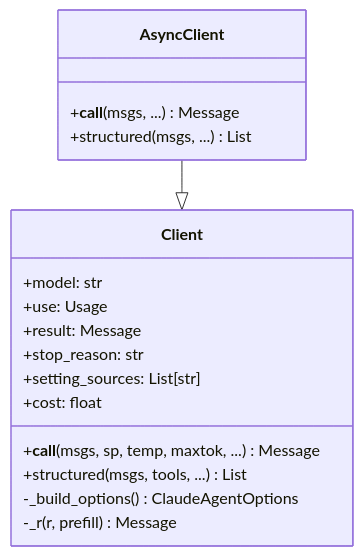
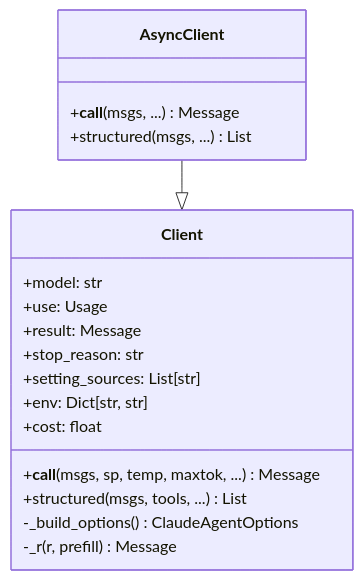
One commit to sgaseretto/claudette-agent changed the second of 12 diagrams in docs/how_it_works.md. Above: the diagram before and after it, drawn with Mermaid. The commit also changed other lines of this file and 3 other files, not shown here.

````diff
--- a/docs/how_it_works.md
+++ b/docs/how_it_works.md
@@ -49,22 +49,23 @@
 ```mermaid
 classDiagram
     class Client {
         +model: str
         +use: Usage
         +result: Message
         +stop_reason: str
         +setting_sources: List[str]
+        +env: Dict[str, str]
         +__call__(msgs, sp, temp, maxtok, ...) Message
         +structured(msgs, tools, ...) List
         +cost: float
         -_build_options() ClaudeAgentOptions
         -_r(r, prefill) Message
     }
 
     class AsyncClient {
         +__call__(msgs, ...) Message
         +structured(msgs, ...) List
     }
 
     AsyncClient --|> Client
 ```
````
